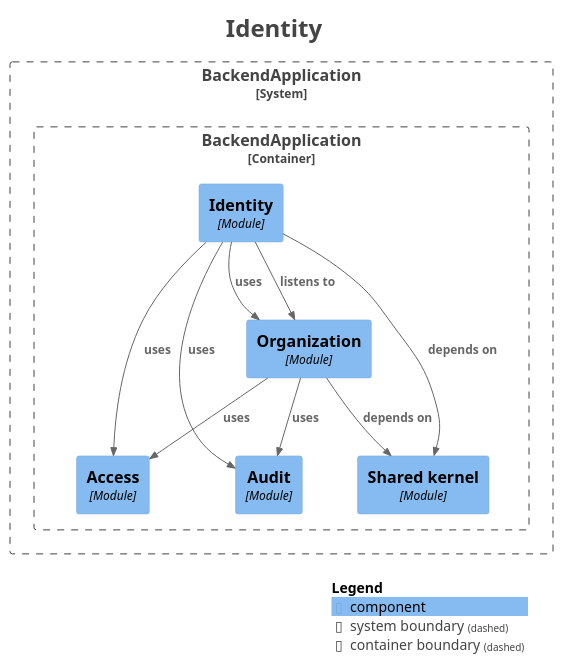
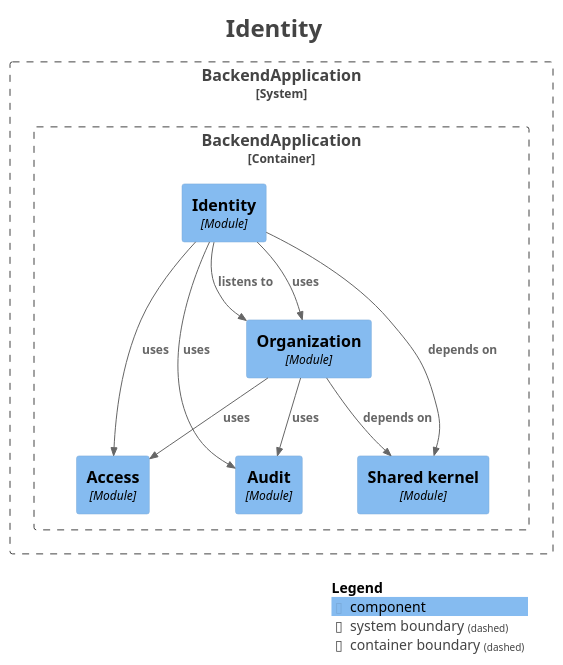
The diagram in docs/architecture/modules/module-identity.puml (fxavier/restaurantePRO), drawn with PlantUML before and after one commit. The commit also changed other lines of this file and 10 other files, not shown here.

```diff
--- a/docs/architecture/modules/module-identity.puml
+++ b/docs/architecture/modules/module-identity.puml
@@ -1,40 +1,40 @@
 @startuml
 title <size:24>Identity</size>
 
 set separator none
 top to bottom direction
 
 <style>
   root {
     BackgroundColor: #ffffff
     FontColor: #444444
   }
 </style>
 
 !include <C4/C4>
 !include <C4/C4_Context>
 !include <C4/C4_Component>
 
 System_Boundary("BackendApplication_boundary", "BackendApplication", $tags="") {
   Container_Boundary("BackendApplication.BackendApplication_boundary", "BackendApplication", $tags="") {
     Component(BackendApplication.BackendApplication.Access, "Access", $techn="Module", $descr="", $tags="", $link="")
     Component(BackendApplication.BackendApplication.Audit, "Audit", $techn="Module", $descr="", $tags="", $link="")
     Component(BackendApplication.BackendApplication.Sharedkernel, "Shared kernel", $techn="Module", $descr="", $tags="", $link="")
     Component(BackendApplication.BackendApplication.Organization, "Organization", $techn="Module", $descr="", $tags="", $link="")
     Component(BackendApplication.BackendApplication.Identity, "Identity", $techn="Module", $descr="", $tags="", $link="")
   }
 
 }
 
+Rel(BackendApplication.BackendApplication.Identity, BackendApplication.BackendApplication.Sharedkernel, "depends on", $techn="", $tags="", $link="")
+Rel(BackendApplication.BackendApplication.Identity, BackendApplication.BackendApplication.Audit, "uses", $techn="", $tags="", $link="")
+Rel(BackendApplication.BackendApplication.Identity, BackendApplication.BackendApplication.Organization, "uses", $techn="", $tags="", $link="")
+Rel(BackendApplication.BackendApplication.Identity, BackendApplication.BackendApplication.Access, "uses", $techn="", $tags="", $link="")
 Rel(BackendApplication.BackendApplication.Organization, BackendApplication.BackendApplication.Sharedkernel, "depends on", $techn="", $tags="", $link="")
 Rel(BackendApplication.BackendApplication.Organization, BackendApplication.BackendApplication.Audit, "uses", $techn="", $tags="", $link="")
 Rel(BackendApplication.BackendApplication.Organization, BackendApplication.BackendApplication.Access, "uses", $techn="", $tags="", $link="")
 Rel(BackendApplication.BackendApplication.Identity, BackendApplication.BackendApplication.Organization, "listens to", $techn="", $tags="", $link="")
-Rel(BackendApplication.BackendApplication.Identity, BackendApplication.BackendApplication.Sharedkernel, "depends on", $techn="", $tags="", $link="")
-Rel(BackendApplication.BackendApplication.Identity, BackendApplication.BackendApplication.Audit, "uses", $techn="", $tags="", $link="")
-Rel(BackendApplication.BackendApplication.Identity, BackendApplication.BackendApplication.Organization, "uses", $techn="", $tags="", $link="")
-Rel(BackendApplication.BackendApplication.Identity, BackendApplication.BackendApplication.Access, "uses", $techn="", $tags="", $link="")
 
 SHOW_LEGEND(true)
 hide stereotypes
 @enduml
```
